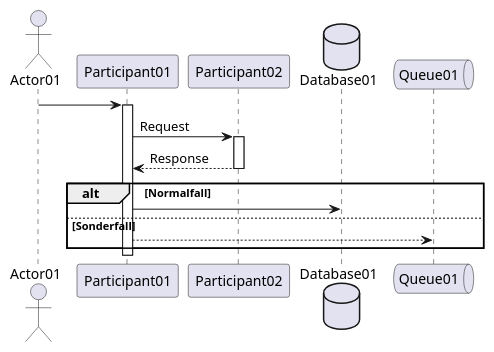
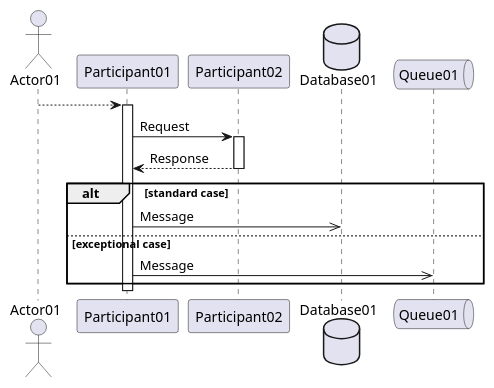
One commit to phoswald/sample-documentation changed the diagram in plantuml/src/main/resources/plantuml/sequence-diagram.puml. Above: the diagram before and after it, drawn with PlantUML. The commit also changed 12 other files, not shown here.

Commit message:
More diagrams, and same same

```diff
--- a/plantuml/src/main/resources/plantuml/sequence-diagram.puml
+++ b/plantuml/src/main/resources/plantuml/sequence-diagram.puml
@@ -1,18 +1,19 @@
 @startuml
+' This is a comment!
 actor Actor01
 participant Participant01
-Actor01 -> Participant01
+Actor01 --> Participant01
 activate Participant01
-Participant01 -> Participant02: Request
+Participant01 -> Participant02 : Request
 activate Participant02
-Participant01 <-- Participant02: Response
+Participant01 <-- Participant02 : Response
 deactivate Participant02
 database Database01
 queue Queue01
-alt Normalfall
-    Participant01 -> Database01
-else Sonderfall
-    Participant01 --> Queue01
+alt standard case
+    Participant01 ->> Database01 : Message
+else exceptional case
+    Participant01 ->> Queue01 : Message
 end
 deactivate Participant01
 @enduml
```
